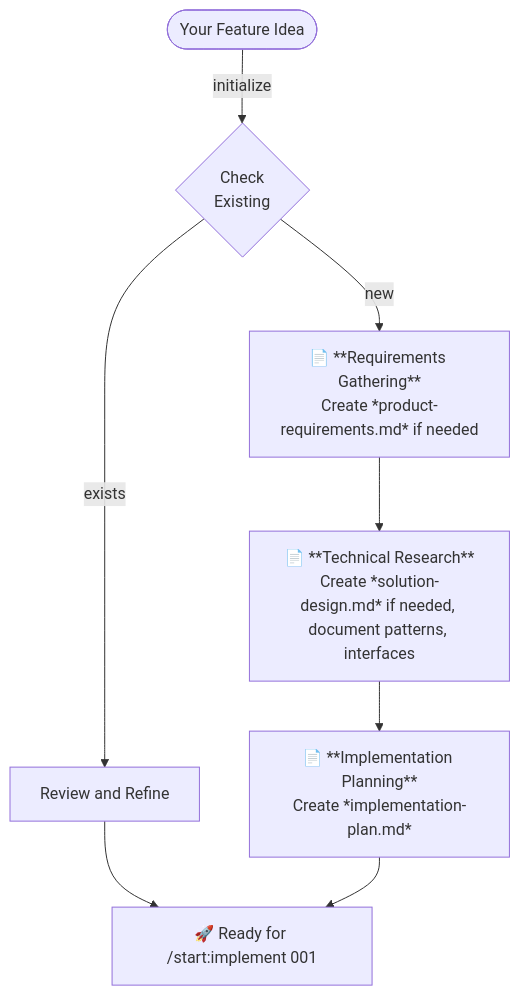
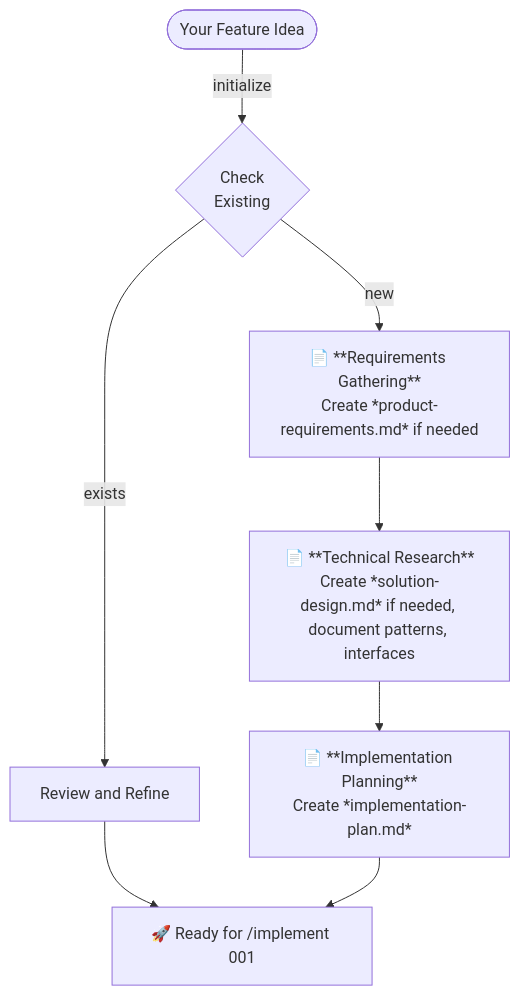
One commit to rsmdt/the-startup changed the first of 10 diagrams in plugins/start/README.md. Above: the diagram before and after it, drawn with Mermaid. The commit also changed other lines of this file and 1 other file, not shown here.

````diff
--- a/plugins/start/README.md
+++ b/plugins/start/README.md
@@ -58,10 +58,10 @@
 ```mermaid
 flowchart TD
     A([Your Feature Idea]) --> |initialize| B{Check<br>Existing}
     B --> |exists| C[Review and Refine]
-    C --> END[🚀 Ready for /start:implement 001]
+    C --> END[🚀 Ready for /implement 001]
     B --> |new| D[📄 **Requirements Gathering**<br/>Create *product-requirements.md* if needed]
     D --> E[📄 **Technical Research**<br/>Create *solution-design.md* if needed, document patterns, interfaces]
     E --> F[📄 **Implementation Planning**<br/>Create *implementation-plan.md*]
     F --> END
 ```
````
